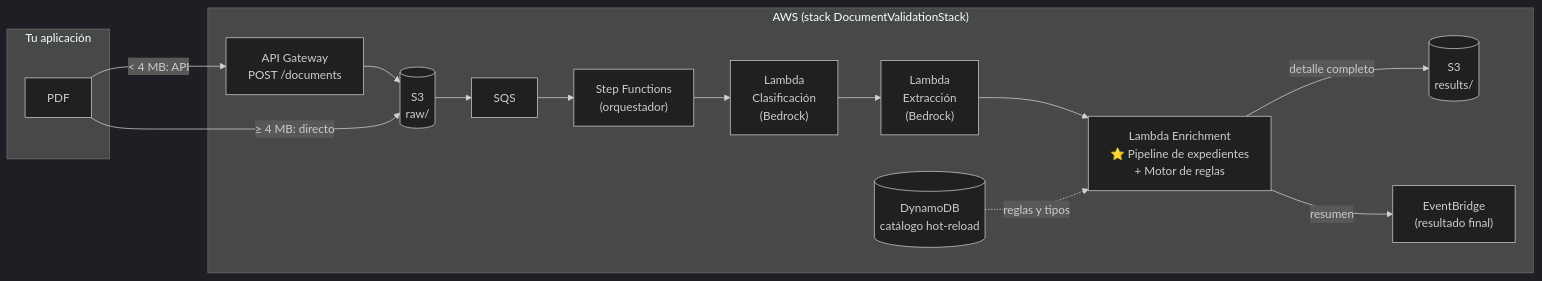
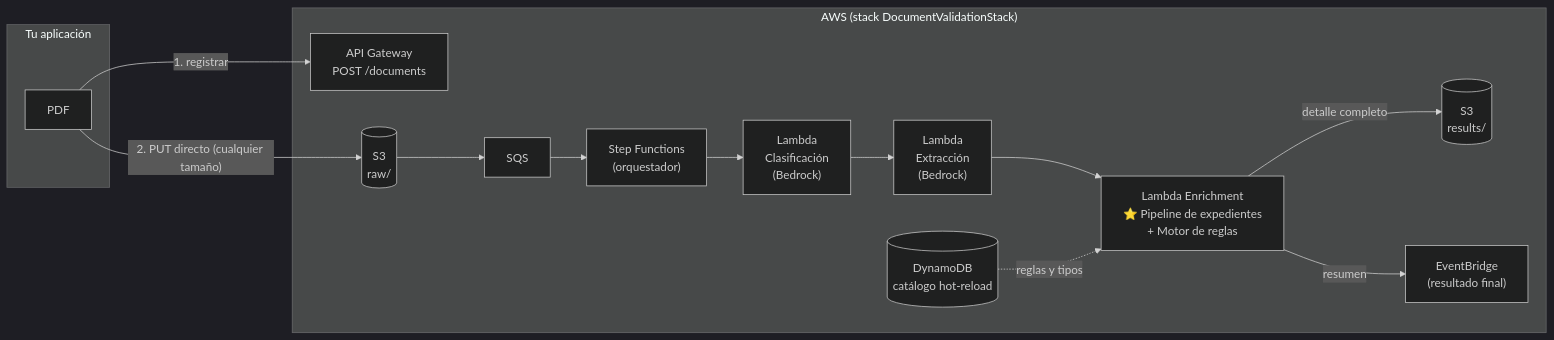
One commit to LuisHM5/idp changed the first of 6 diagrams in documentacion/COMO_FUNCIONA.md. Above: the diagram before and after it, drawn with Mermaid (dark theme). The commit also changed 11 other files, not shown here.

````diff
--- a/documentacion/COMO_FUNCIONA.md
+++ b/documentacion/COMO_FUNCIONA.md
@@ -17,27 +17,27 @@
 ```mermaid
 flowchart LR
     subgraph Cliente["Tu aplicación"]
         A[PDF]
     end
 
     subgraph AWS["AWS (stack DocumentValidationStack)"]
         B["API Gateway<br/>POST /documents"]
         C[("S3<br/>raw/")]
         D["SQS"]
         E["Step Functions<br/>(orquestador)"]
         F["Lambda<br/>Clasificación<br/>(Bedrock)"]
         G["Lambda<br/>Extracción<br/>(Bedrock)"]
         H["Lambda Enrichment<br/>⭐ Pipeline de expedientes<br/>+ Motor de reglas"]
         I[("S3<br/>results/")]
         J["EventBridge<br/>(resultado final)"]
         K[("DynamoDB<br/>catálogo hot-reload")]
     end
 
-    A -->|"&lt; 4 MB: API"| B --> C
-    A -->|"≥ 4 MB: directo"| C
+    A -->|"1. registrar"| B
+    A -->|"2. PUT directo (cualquier tamaño)"| C
     C --> D --> E
     E --> F --> G --> H
     H -->|detalle completo| I
     H -->|resumen| J
     K -.->|reglas y tipos| H
 ```
````
